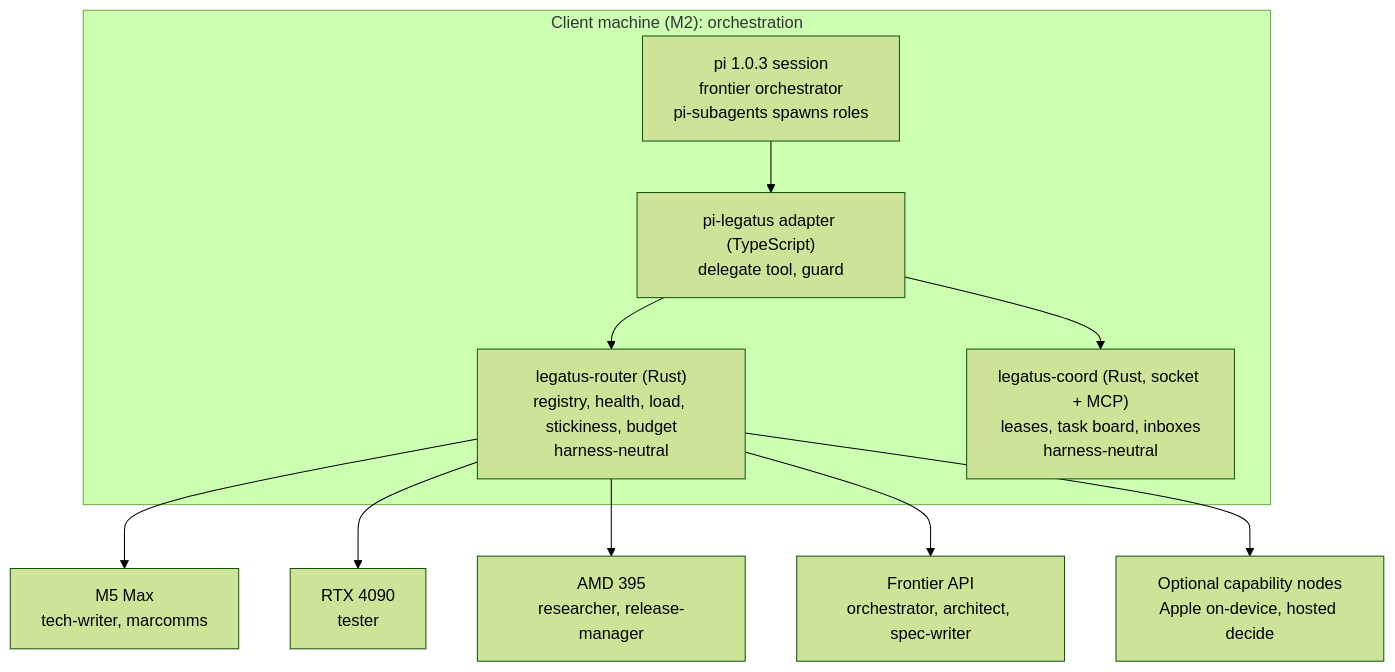
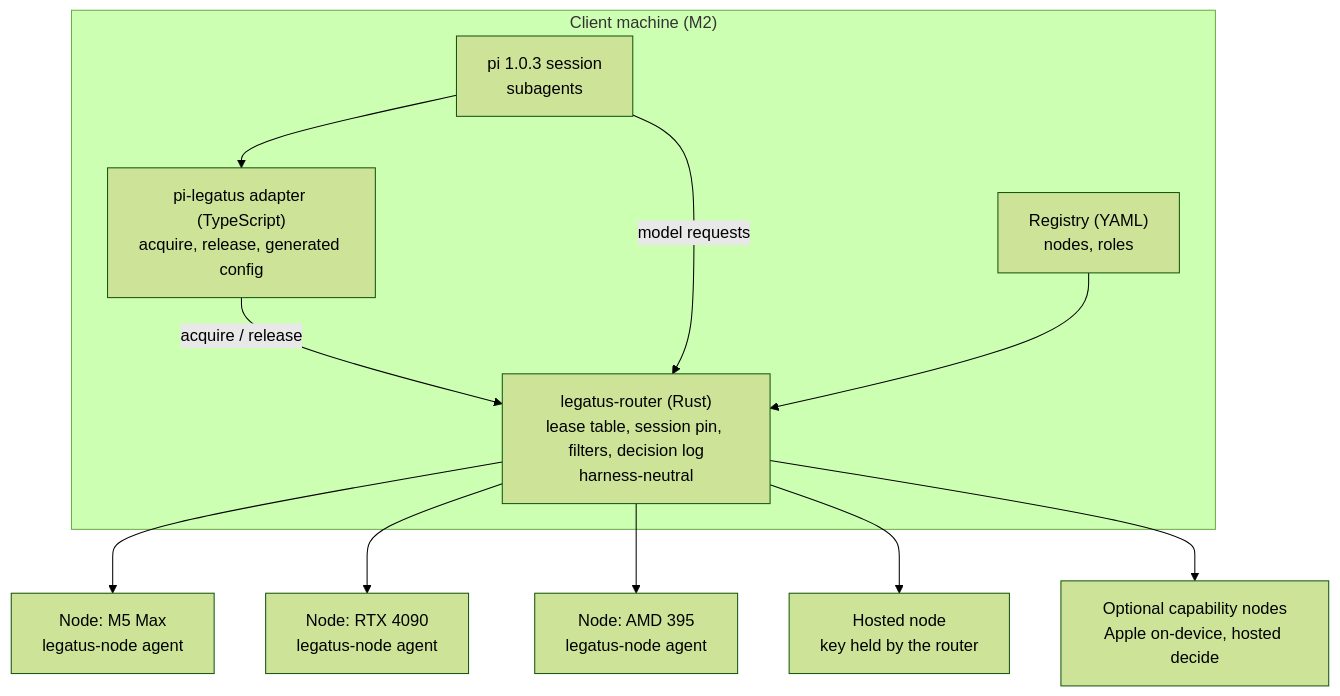
Before and after one commit to boxabirds/legatus: the diagram in specs/baseline/architecture.md, drawn with Mermaid (forest theme). The commit also changed other lines of this file and 14 other files, not shown here.

````diff
--- a/specs/baseline/architecture.md
+++ b/specs/baseline/architecture.md
@@ -5,17 +5,18 @@
 ```mermaid
 flowchart TB
-  subgraph Client["Client machine (M2): orchestration"]
-    PI["pi 1.0.3 session<br/>frontier orchestrator<br/>pi-subagents spawns roles"]
-    EXT["pi-legatus adapter (TypeScript)<br/>delegate tool, guard"]
-    ROUTER["legatus-router (Rust)<br/>registry, health, load, stickiness, budget<br/>harness-neutral"]
-    COORD["legatus-coord (Rust, socket + MCP)<br/>leases, task board, inboxes<br/>harness-neutral"]
+  subgraph Client["Client machine (M2)"]
+    PI["pi 1.0.3 session<br/>subagents"]
+    EXT["pi-legatus adapter (TypeScript)<br/>acquire, release, generated config"]
+    ROUTER["legatus-router (Rust)<br/>lease table, session pin, filters, decision log<br/>harness-neutral"]
+    REG["Registry (YAML)<br/>nodes, roles"]
     PI --> EXT
-    EXT --> ROUTER
-    EXT --> COORD
+    EXT -->|"acquire / release"| ROUTER
+    PI -->|"model requests"| ROUTER
+    REG --> ROUTER
   end
-  ROUTER --> M5["M5 Max<br/>tech-writer, marcomms"]
-  ROUTER --> G4090["RTX 4090<br/>tester"]
-  ROUTER --> STRIX["AMD 395<br/>researcher, release-manager"]
-  ROUTER --> FRONTIER["Frontier API<br/>orchestrator, architect, spec-writer"]
+  ROUTER --> M5["Node: M5 Max<br/>legatus-node agent"]
+  ROUTER --> G4090["Node: RTX 4090<br/>legatus-node agent"]
+  ROUTER --> STRIX["Node: AMD 395<br/>legatus-node agent"]
+  ROUTER --> FRONTIER["Hosted node<br/>key held by the router"]
   ROUTER --> APPLE["Optional capability nodes<br/>Apple on-device, hosted decide"]
 ```
````
